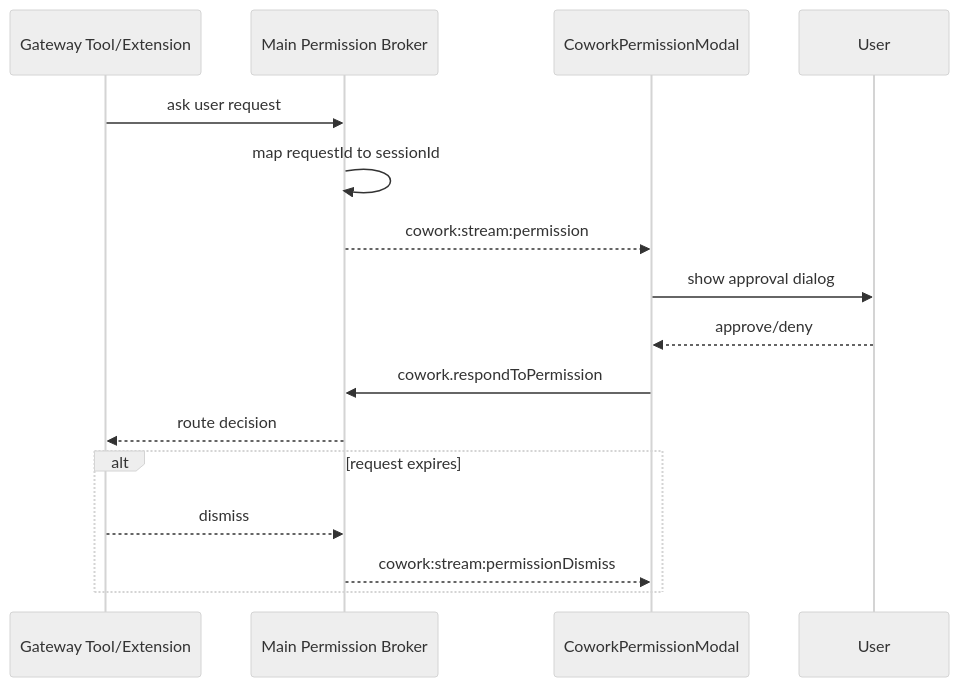
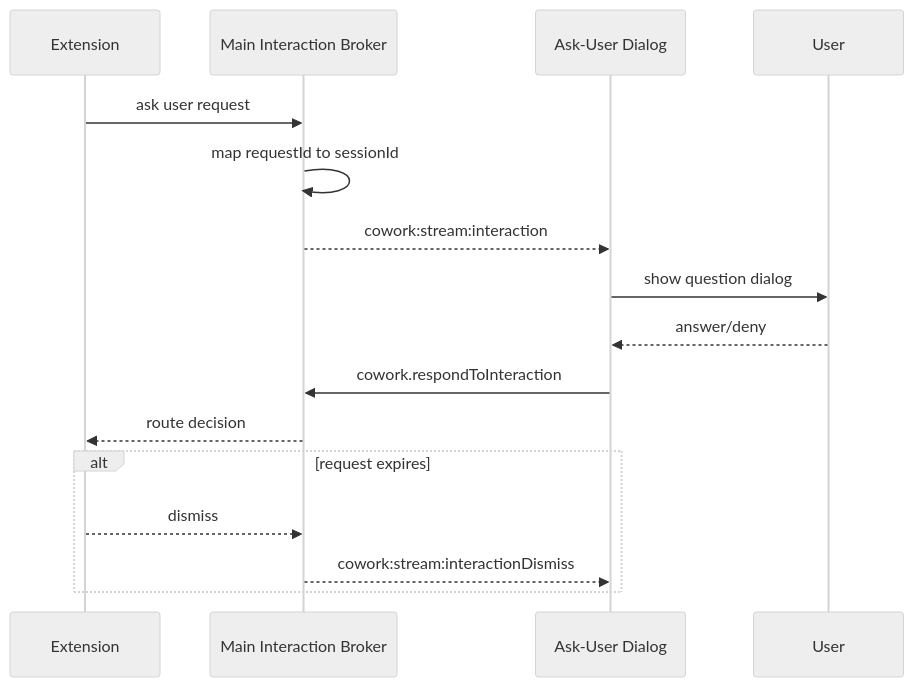
Before and after one commit to liangxhao/JustDo: the third of 3 diagrams in docs/architecture/04-cowork-system.md, drawn with Mermaid (neutral theme). The commit also changed other lines of this file and 38 other files, not shown here.

Commit message:
refactor(cowork): replace permission flow with interactions

````diff
--- a/docs/architecture/04-cowork-system.md
+++ b/docs/architecture/04-cowork-system.md
@@ -157,19 +157,19 @@
 ```mermaid
 sequenceDiagram
-  participant Tool as Gateway Tool/Extension
-  participant Main as Main Permission Broker
-  participant UI as CoworkPermissionModal
+  participant Tool as Extension
+  participant Main as Main Interaction Broker
+  participant UI as Ask-User Dialog
   participant User
 
   Tool->>Main: ask user request
   Main->>Main: map requestId to sessionId
-  Main-->>UI: cowork:stream:permission
-  UI->>User: show approval dialog
-  User-->>UI: approve/deny
-  UI->>Main: cowork.respondToPermission
+  Main-->>UI: cowork:stream:interaction
+  UI->>User: show question dialog
+  User-->>UI: answer/deny
+  UI->>Main: cowork.respondToInteraction
   Main-->>Tool: route decision
   alt request expires
     Tool-->>Main: dismiss
-    Main-->>UI: cowork:stream:permissionDismiss
+    Main-->>UI: cowork:stream:interactionDismiss
   end
 ```
````
